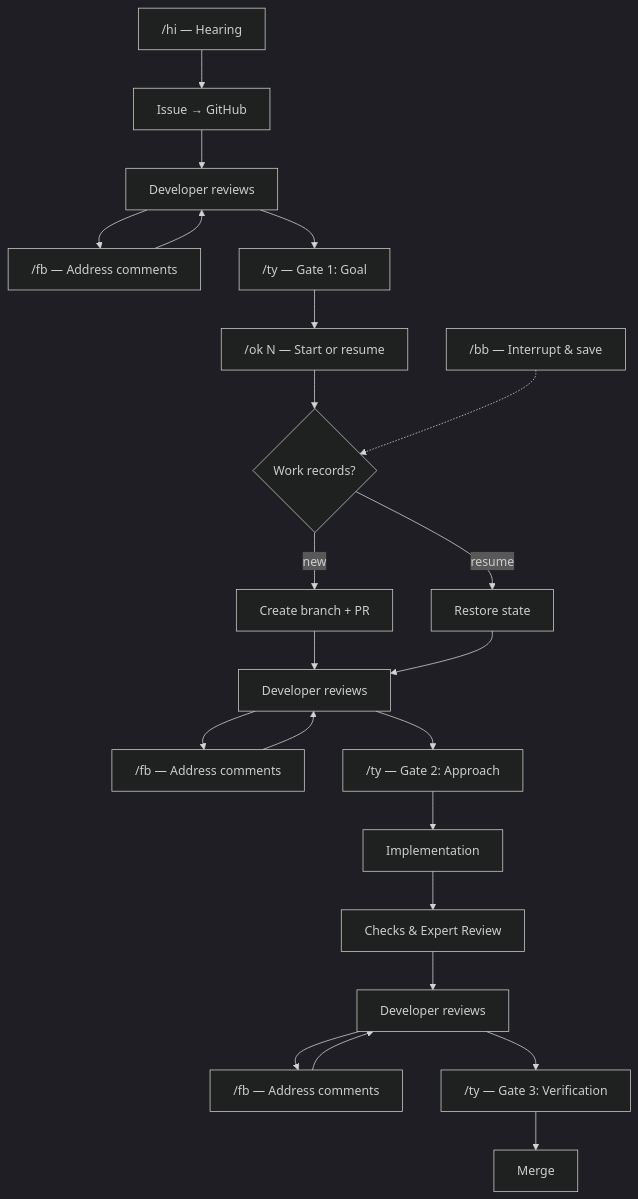
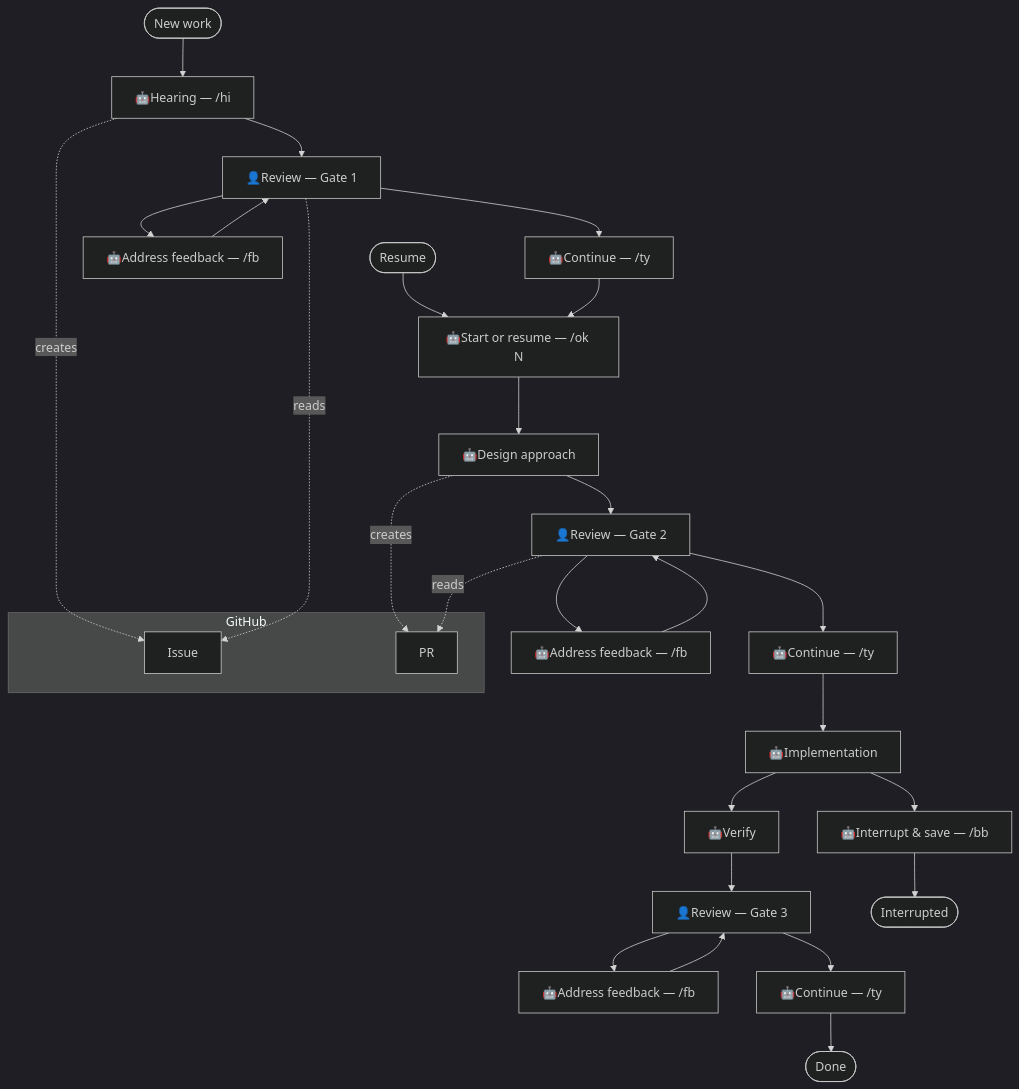
The second of 2 diagrams in README.md (lovaizu/ciya-dev), drawn with Mermaid (dark theme) before and after one commit. The commit also changed other lines of this file, not shown here.

First line of the commit message:
Revise README based on review feedback

````diff
--- a/README.md
+++ b/README.md
@@ -114,25 +72,38 @@
 ```mermaid
 flowchart TD
-    H["/hi — Hearing"] --> I["Issue → GitHub"]
-    I --> R1["Developer reviews"]
-    R1 --> FB1["/fb — Address comments"]
+    S1([New work]) --> H["🤖Hearing — /hi"]
+    S2([Resume]) --> OK["🤖Start or resume — /ok N"]
+
+    H --> R1["👤Review — Gate 1"]
+    R1 --> FB1["🤖Address feedback — /fb"]
     FB1 --> R1
-    R1 --> G1["/ty — Gate 1: Goal"]
-    G1 --> OK["/ok N — Start or resume"]
-    OK --> WR{Work records?}
-    WR -- new --> BR["Create branch + PR"]
-    WR -- resume --> RS["Restore state"]
-    BR --> R2["Developer reviews"]
-    RS --> R2
-    R2 --> FB2["/fb — Address comments"]
+    R1 --> TY1["🤖Continue — /ty"]
+    TY1 --> OK
+
+    OK --> DESIGN["🤖Design approach"]
+    DESIGN --> R2["👤Review — Gate 2"]
+    R2 --> FB2["🤖Address feedback — /fb"]
     FB2 --> R2
-    R2 --> G2["/ty — Gate 2: Approach"]
-    G2 --> IMPL["Implementation"]
-    IMPL --> CHK["Checks & Expert Review"]
-    CHK --> R3["Developer reviews"]
-    R3 --> FB3["/fb — Address comments"]
+    R2 --> TY2["🤖Continue — /ty"]
+
+    TY2 --> IMPL["🤖Implementation"]
+    IMPL --> CHK["🤖Verify"]
+    CHK --> R3["👤Review — Gate 3"]
+    R3 --> FB3["🤖Address feedback — /fb"]
     FB3 --> R3
-    R3 --> G3["/ty — Gate 3: Verification"]
-    G3 --> MRG["Merge"]
-    BB["/bb — Interrupt & save"] -.-> WR
+    R3 --> TY3["🤖Continue — /ty"]
+    TY3 --> DONE([Done])
+
+    IMPL --> BB["🤖Interrupt & save — /bb"]
+    BB --> STOPPED([Interrupted])
+
+    H -.->|creates| ISSUE
+    R1 -.->|reads| ISSUE
+    DESIGN -.->|creates| PR_NODE
+    R2 -.->|reads| PR_NODE
+
+    subgraph GitHub
+        ISSUE[Issue]
+        PR_NODE[PR]
+    end
 ```
````
